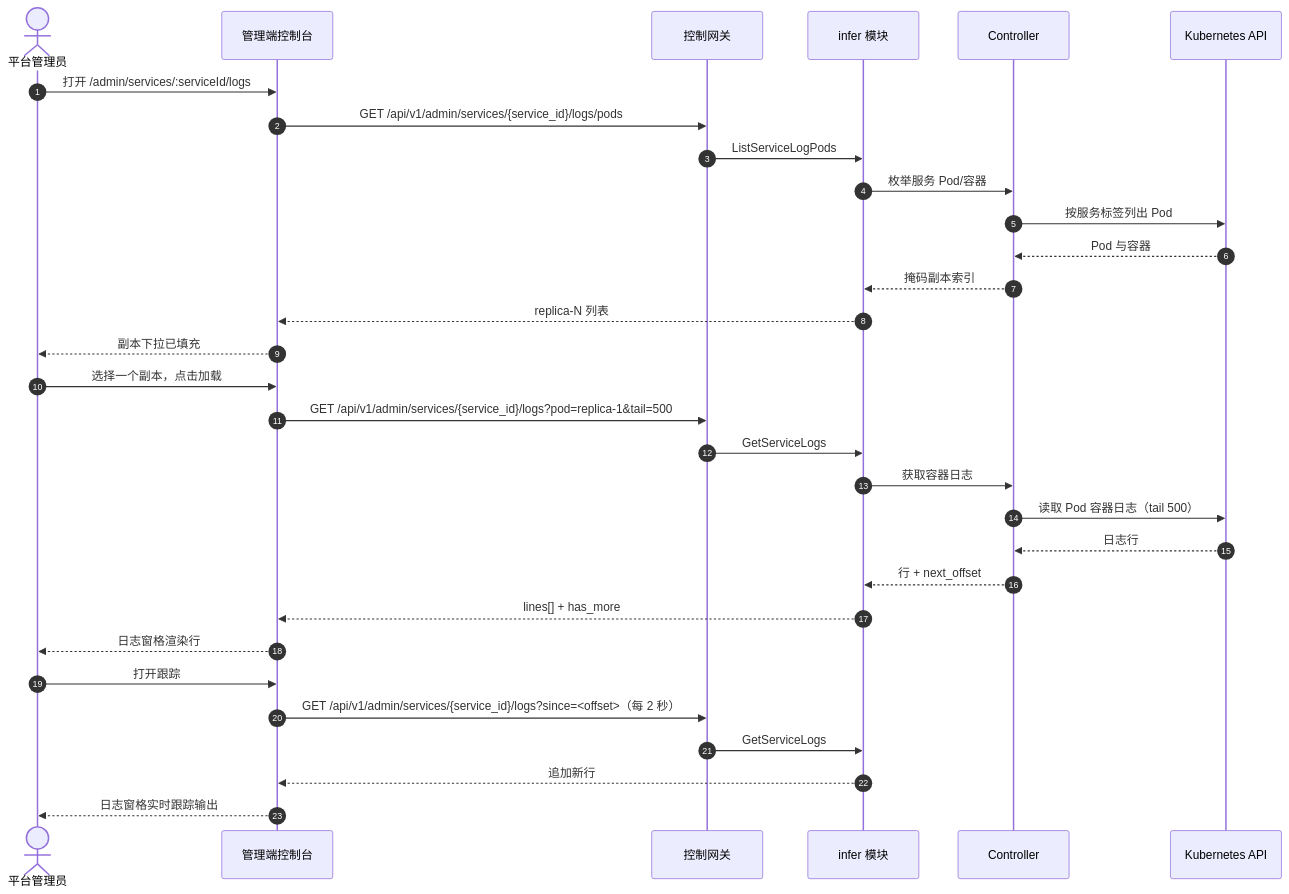
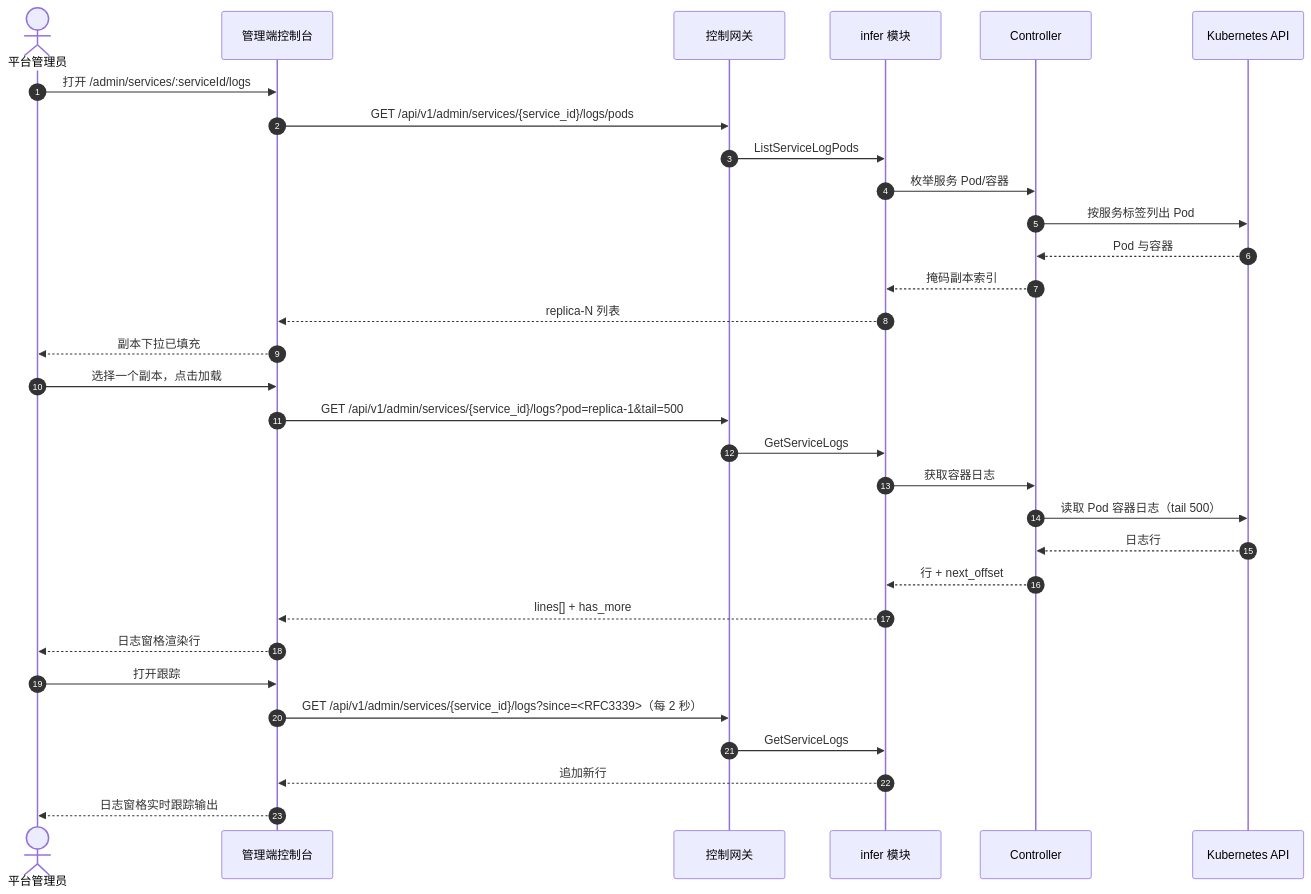
One commit to go-taas/go-taas changed the second of 2 diagrams in site/docs/architecture/service-logs-viewer.zh-cn.md. Above: the diagram before and after it, drawn with Mermaid. The commit also changed other lines of this file and 41 other files, not shown here.

````diff
--- a/site/docs/architecture/service-logs-viewer.zh-cn.md
+++ b/site/docs/architecture/service-logs-viewer.zh-cn.md
@@ -278,34 +278,34 @@
 ```mermaid
 sequenceDiagram
     autonumber
     actor Admin as 平台管理员
     participant UI as 管理端控制台
     participant CGW as 控制网关
     participant Infer as infer 模块
     participant CTRL as Controller
     participant K8s as Kubernetes API
 
     Admin->>UI: 打开 /admin/services/:serviceId/logs
     UI->>CGW: GET /api/v1/admin/services/{service_id}/logs/pods
     CGW->>Infer: ListServiceLogPods
     Infer->>CTRL: 枚举服务 Pod/容器
     CTRL->>K8s: 按服务标签列出 Pod
     K8s-->>CTRL: Pod 与容器
     CTRL-->>Infer: 掩码副本索引
     Infer-->>UI: replica-N 列表
     UI-->>Admin: 副本下拉已填充
     Admin->>UI: 选择一个副本，点击加载
     UI->>CGW: GET /api/v1/admin/services/{service_id}/logs?pod=replica-1&tail=500
     CGW->>Infer: GetServiceLogs
     Infer->>CTRL: 获取容器日志
     CTRL->>K8s: 读取 Pod 容器日志（tail 500）
     K8s-->>CTRL: 日志行
     CTRL-->>Infer: 行 + next_offset
     Infer-->>UI: lines[] + has_more
     UI-->>Admin: 日志窗格渲染行
     Admin->>UI: 打开跟踪
-    UI->>CGW: GET /api/v1/admin/services/{service_id}/logs?since=<offset>（每 2 秒）
+    UI->>CGW: GET /api/v1/admin/services/{service_id}/logs?since=<RFC3339>（每 2 秒）
     CGW->>Infer: GetServiceLogs
     Infer-->>UI: 追加新行
     UI-->>Admin: 日志窗格实时跟踪输出
 ```
````
